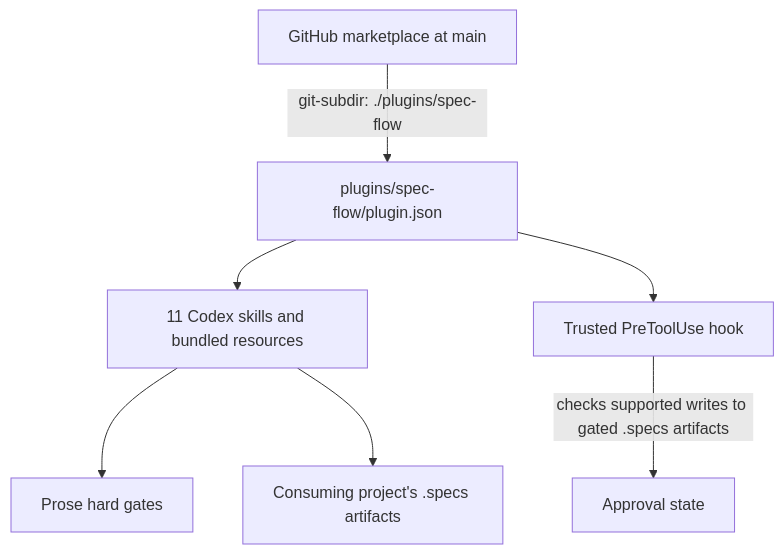
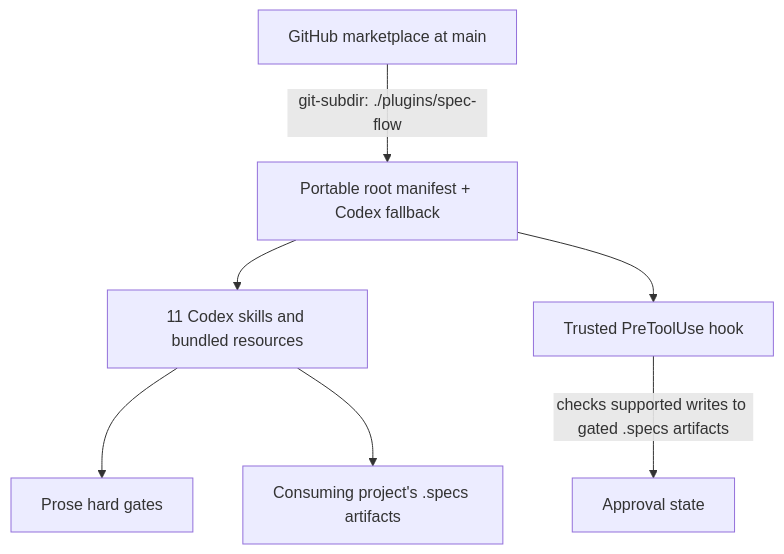
One commit to santiago-migoni/spec-flow changed the diagram in .specs/006-codex-plugin-migration/plan.md. Above: the diagram before and after it, drawn with Mermaid. The commit also changed other lines of this file and 3 other files, not shown here.

Commit message:
docs(006-codex-plugin-migration): update changelog and spec artifacts

````diff
--- a/.specs/006-codex-plugin-migration/plan.md
+++ b/.specs/006-codex-plugin-migration/plan.md
@@ -36,9 +36,9 @@
 ```mermaid
 flowchart TD
-    M[GitHub marketplace at main] -->|git-subdir: ./plugins/spec-flow| P[plugins/spec-flow/plugin.json]
+    M[GitHub marketplace at main] -->|git-subdir: ./plugins/spec-flow| P[Portable root manifest + Codex fallback]
     P --> S[11 Codex skills and bundled resources]
     P --> H[Trusted PreToolUse hook]
     S --> G[Prose hard gates]
     H -->|checks supported writes to gated .specs artifacts| A[Approval state]
     S --> D[Consuming project's .specs artifacts]
 ```
````
